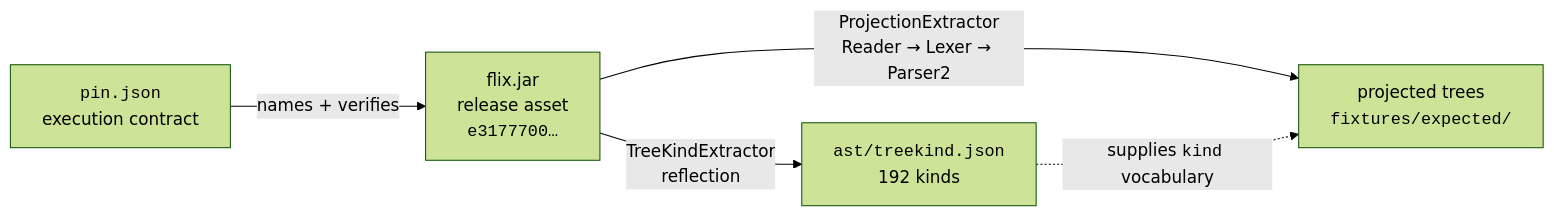
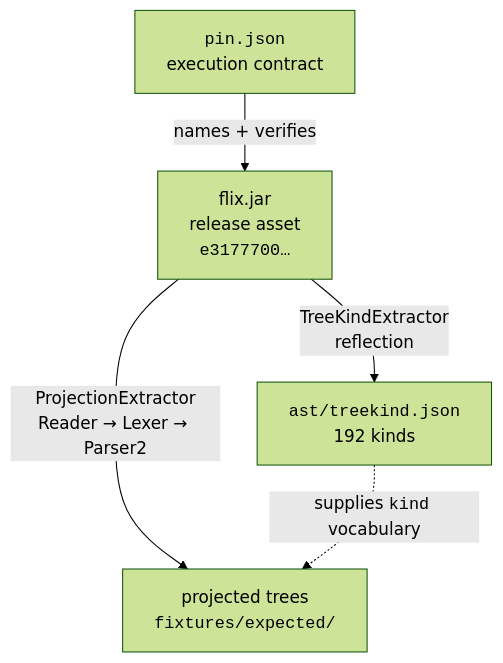
One commit to wstein/flix-spec changed the diagram in README.md. Above: the diagram before and after it, drawn with Mermaid (forest theme).

Commit message:
docs: change mermaid flowchart orientation from LR to TD in README

````diff
--- a/README.md
+++ b/README.md
@@ -42,12 +42,12 @@
 ```mermaid
-flowchart LR
+flowchart TD
     REL["flix.jar<br/>release asset<br/><code>e3177700…</code>"]
     PIN["<code>pin.json</code><br/>execution contract"]
     TK["<code>ast/treekind.json</code><br/>192 kinds"]
     PROJ["projected trees<br/><code>fixtures/expected/</code>"]
 
     PIN -->|"names + verifies"| REL
     REL -->|"TreeKindExtractor<br/>reflection"| TK
     REL -->|"ProjectionExtractor<br/>Reader → Lexer → Parser2"| PROJ
     TK -.->|"supplies <code>kind</code> vocabulary"| PROJ
 ```
````
